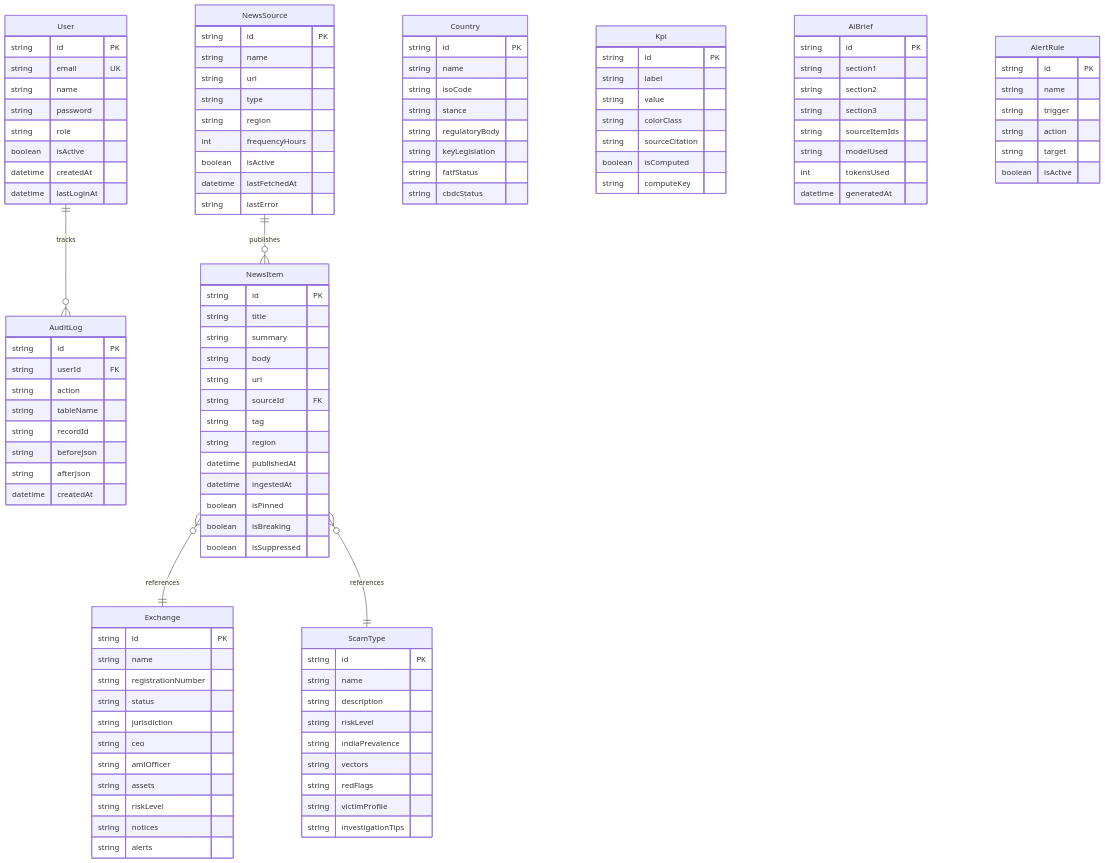
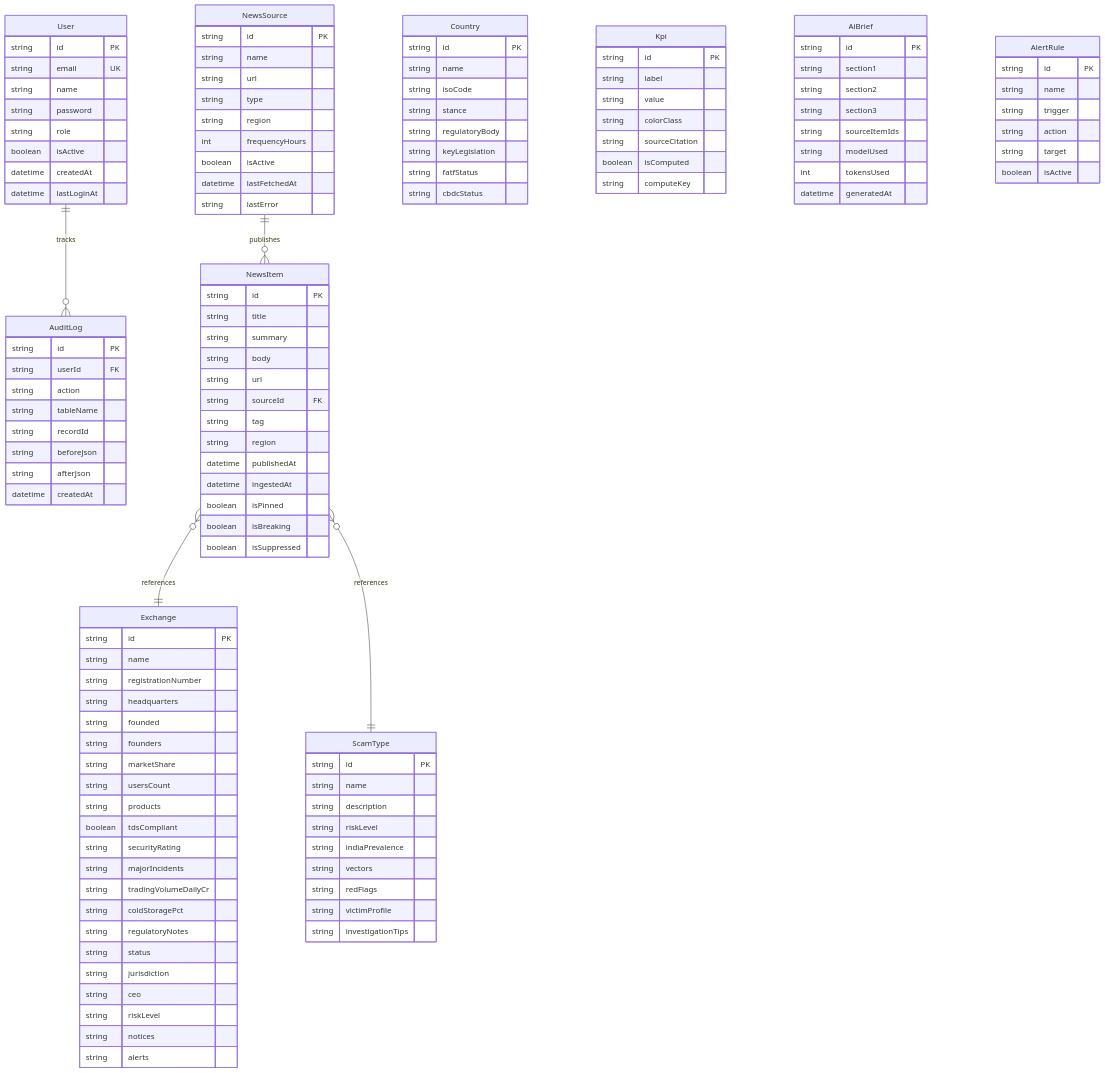
One commit to nishant-uxs/gov-crypto-intel-hub changed the fourth of 8 diagrams in README.md. Above: the diagram before and after it, drawn with Mermaid. The commit also changed other lines of this file and 1 other file, not shown here.

Commit message:
Update report and README with FIU data

```diff
--- a/README.md
+++ b/README.md
@@ -207,11 +207,21 @@
         string id PK
         string name
         string registrationNumber
+        string headquarters
+        string founded
+        string founders
+        string marketShare
+        string usersCount
+        string products
+        boolean tdsCompliant
+        string securityRating
+        string majorIncidents
+        string tradingVolumeDailyCr
+        string coldStoragePct
+        string regulatoryNotes
         string status
         string jurisdiction
         string ceo
-        string amlOfficer
-        string assets
         string riskLevel
         string notices
         string alerts
```
